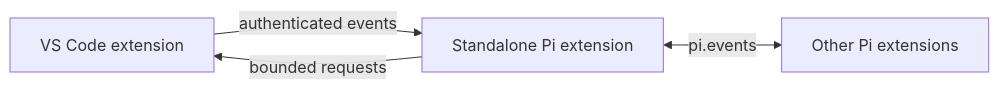
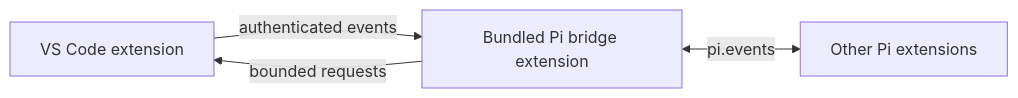
Before and after one commit to narumiruna/pi-vscode: the diagram in README.md, drawn with Mermaid. The commit also changed other lines of this file, not shown here.

````diff
--- a/README.md
+++ b/README.md
@@ -167,6 +158,6 @@
 ```mermaid
 flowchart LR
-    V[VS Code extension] -->|authenticated events| P[Standalone Pi extension]
+    V[VS Code extension] -->|authenticated events| P[Bundled Pi bridge extension]
     P -->|bounded requests| V
     P <-->|pi.events| E[Other Pi extensions]
 ```
````
